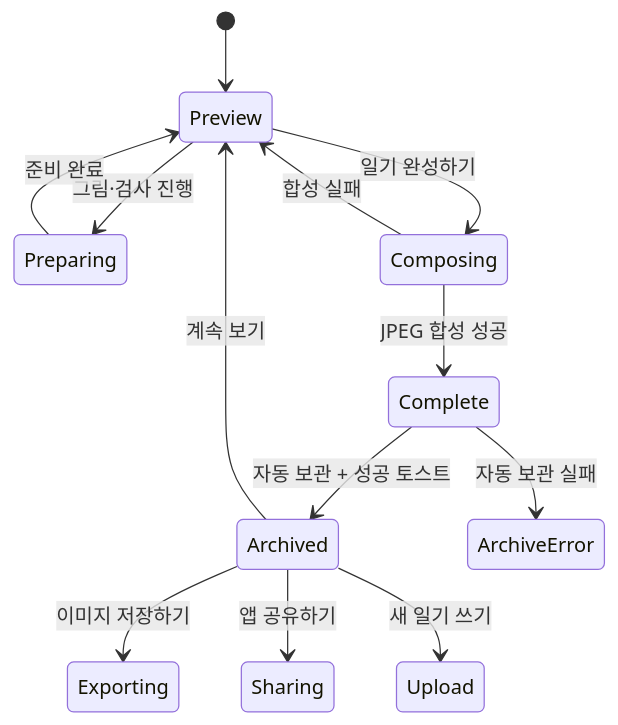
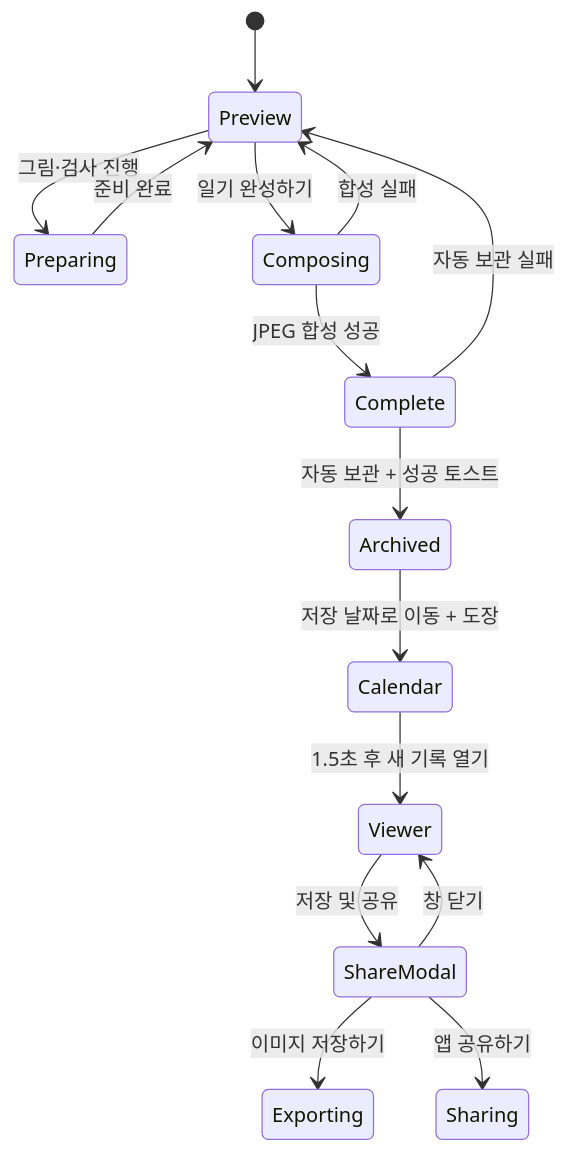
Before and after one commit to SummerVacationDiaryTMD/Summer_Vacation_Diary: the diagram in docs/completion-feedback-specification.md, drawn with Mermaid. The commit also changed other lines of this file and 12 other files, not shown here.

````diff
--- a/docs/completion-feedback-specification.md
+++ b/docs/completion-feedback-specification.md
@@ -35,15 +35,17 @@
 ```mermaid
 stateDiagram-v2
     [*] --> Preview
     Preview --> Preparing: 그림·검사 진행
     Preparing --> Preview: 준비 완료
     Preview --> Composing: 일기 완성하기
     Composing --> Complete: JPEG 합성 성공
     Composing --> Preview: 합성 실패
     Complete --> Archived: 자동 보관 + 성공 토스트
-    Complete --> ArchiveError: 자동 보관 실패
-    Archived --> Exporting: 이미지 저장하기
-    Archived --> Sharing: 앱 공유하기
-    Archived --> Preview: 계속 보기
-    Archived --> Upload: 새 일기 쓰기
+    Complete --> Preview: 자동 보관 실패
+    Archived --> Calendar: 저장 날짜로 이동 + 도장
+    Calendar --> Viewer: 1.5초 후 새 기록 열기
+    Viewer --> ShareModal: 저장 및 공유
+    ShareModal --> Exporting: 이미지 저장하기
+    ShareModal --> Sharing: 앱 공유하기
+    ShareModal --> Viewer: 창 닫기
 ```
````
